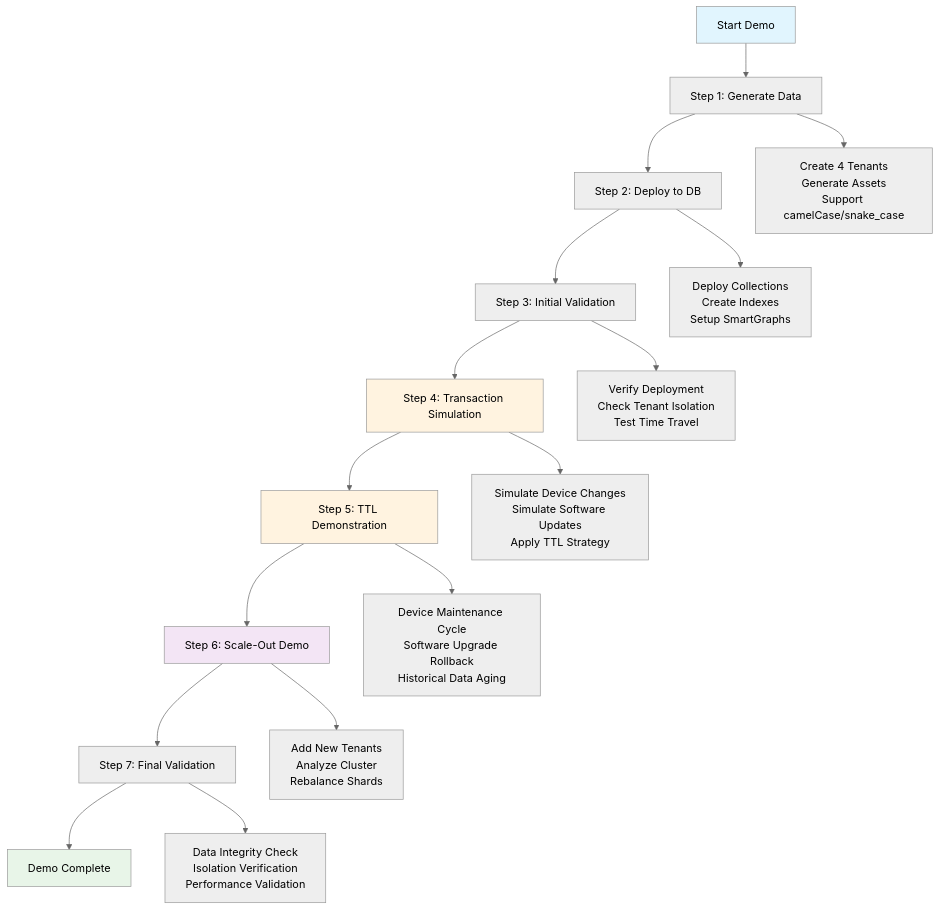
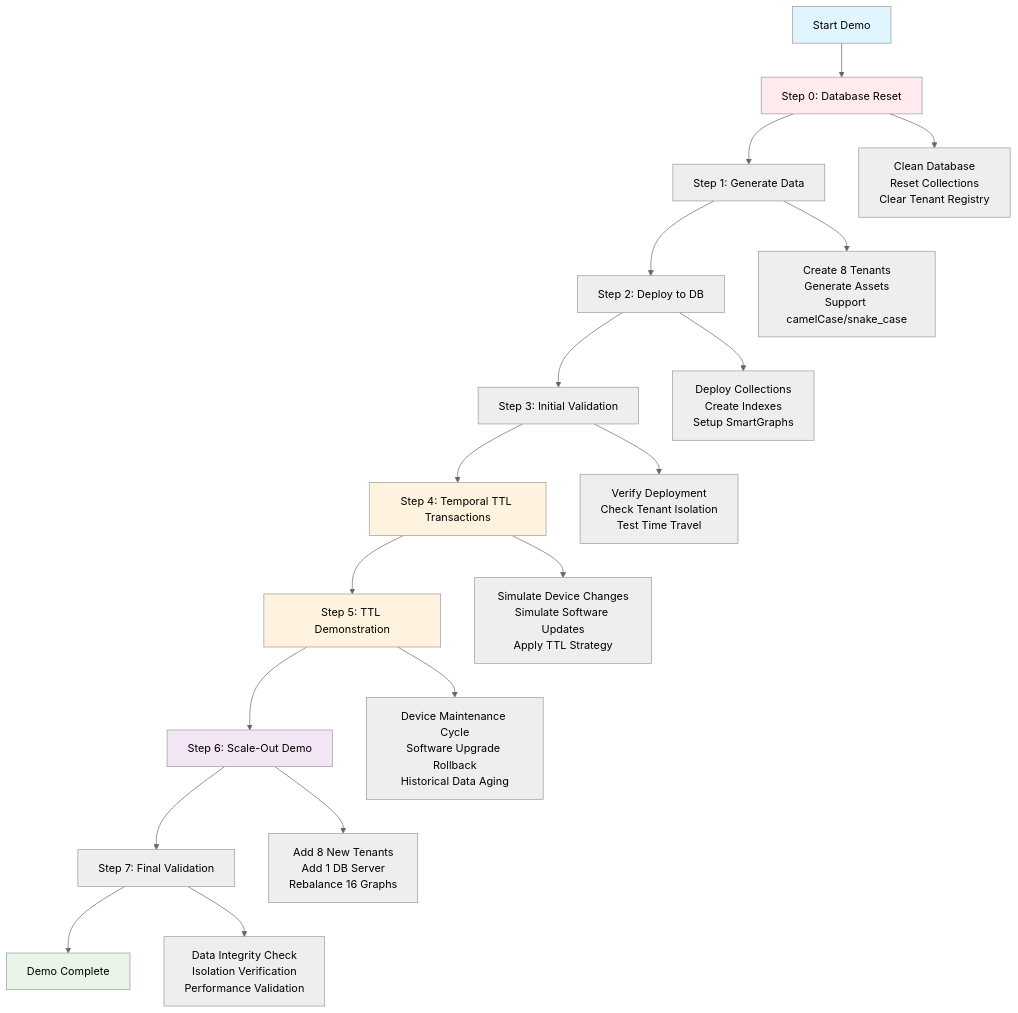
Before and after one commit to ArthurKeen/scalable-multi-tenant-temporal-graph-reference-implementation: the third of 3 diagrams in README.md, drawn with Mermaid (neutral theme). The commit also changed other lines of this file, not shown here.

Commit message:
Update demo flow diagram for improved scale-out process
DIAGRAM UPDATES:

📊 Mermaid Flow Chart:
- Added Step 0: Database Reset and Cleanup with red styling
- Updated Step 1: Generate Data (4 -> 8 tenants)
- Updated Step 4: Transaction Simulation -> Temporal TTL Transactions
- Updated Step 6: Scale-Out Demo (Add 8 New Tenants, Add 1 DB Server, Rebalance 16 Graphs)
- Added visual details showing database reset process

📋 Walkthrough Sections List:
- Added Step 0: Database Reset and Cleanup
- Updated Step 2: Data Generation (8 tenants)
- Updated Step 5: Temporal TTL Transactions (corrected terminology)
- Updated Step 7: Scale-Out Demo (detailed 8+1+16 process)
- Maintained proper step numbering sequence

🎨 Visual Improvements:
- Color-coded Step 0 with red styling (#ffebee) for reset phase
- Clear progression from 8 -> 16 tenants
- Professional diagram flow for enterprise presentations

BENEFITS:
- Accurate visual representation of demo process
- Clear scale-out math visualization (8+8=16, ÷4=4 per server)
- Updated terminology consistency
- Professional presentation quality

````diff
--- a/README.md
+++ b/README.md
@@ -671,25 +671,28 @@
 ```mermaid
 graph TD
-    A[Start Demo] --> B[Step 1: Generate Data]
+    A[Start Demo] --> A0[Step 0: Database Reset]
+    A0 --> B[Step 1: Generate Data]
     B --> C[Step 2: Deploy to DB]
     C --> D[Step 3: Initial Validation]
-    D --> E[Step 4: Transaction Simulation]
+    D --> E[Step 4: Temporal TTL Transactions]
     E --> F[Step 5: TTL Demonstration]
     F --> G[Step 6: Scale-Out Demo]
     G --> H[Step 7: Final Validation]
     H --> I[Demo Complete]
     
-    B --> B1[Create 4 Tenants<br/>Generate Assets<br/>Support camelCase/snake_case]
+    A0 --> A01[Clean Database<br/>Reset Collections<br/>Clear Tenant Registry]
+    B --> B1[Create 8 Tenants<br/>Generate Assets<br/>Support camelCase/snake_case]
     C --> C1[Deploy Collections<br/>Create Indexes<br/>Setup SmartGraphs]
     D --> D1[Verify Deployment<br/>Check Tenant Isolation<br/>Test Time Travel]
     E --> E1[Simulate Device Changes<br/>Simulate Software Updates<br/>Apply TTL Strategy]
     F --> F1[Device Maintenance Cycle<br/>Software Upgrade Rollback<br/>Historical Data Aging]
-    G --> G1[Add New Tenants<br/>Analyze Cluster<br/>Rebalance Shards]
+    G --> G1[Add 8 New Tenants<br/>Add 1 DB Server<br/>Rebalance 16 Graphs]
     H --> H1[Data Integrity Check<br/>Isolation Verification<br/>Performance Validation]
     
     style A fill:#e1f5fe
+    style A0 fill:#ffebee
     style I fill:#e8f5e8
     style E fill:#fff3e0
     style F fill:#fff3e0
     style G fill:#f3e5f5
 ```
````
